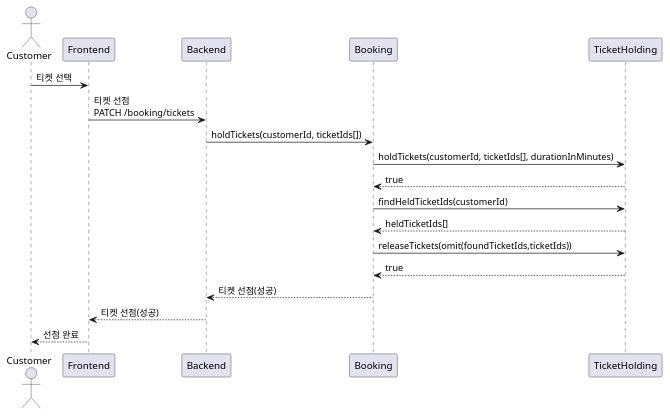
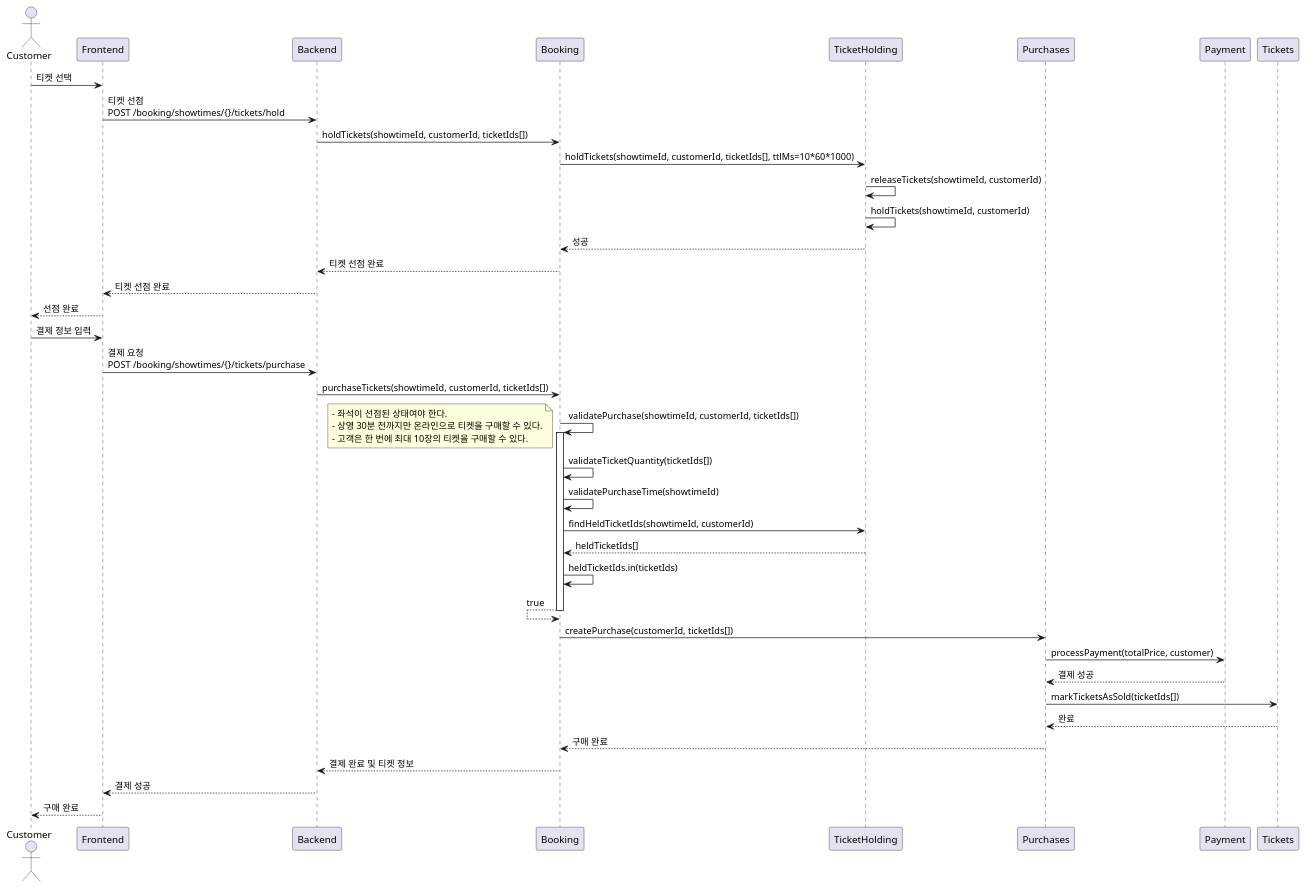
One commit to mannercode/nest-seed changed the third of 3 diagrams in docs/tickets-purchase.md. Above: the diagram before and after it, drawn with PlantUML. The commit also changed other lines of this file and 16 other files, not shown here.

````diff
--- a/docs/tickets-purchase.md
+++ b/docs/tickets-purchase.md
@@ -161,18 +161,43 @@
 ```plantuml
 @startuml
 actor Customer
 
 Customer -> Frontend: 티켓 선택
-    Frontend -> Backend: 티켓 선점\nPATCH /booking/tickets
-        Backend -> Booking : holdTickets(customerId, ticketIds[])
-            Booking -> TicketHolding : holdTickets(customerId, ticketIds[], durationInMinutes)
-            Booking <-- TicketHolding : true
-            Booking -> TicketHolding : findHeldTicketIds(customerId)
-            Booking <-- TicketHolding : heldTicketIds[]
-            Booking -> TicketHolding : releaseTickets(omit(foundTicketIds,ticketIds))
-            Booking <-- TicketHolding : true
-        Backend <-- Booking: 티켓 선점(성공)
-    Frontend <-- Backend: 티켓 선점(성공)
+    Frontend -> Backend: 티켓 선점\nPOST /booking/showtimes/{}/tickets/hold
+        Backend -> Booking: holdTickets(showtimeId, customerId, ticketIds[])
+            Booking -> TicketHolding: holdTickets(showtimeId, customerId, ticketIds[], ttlMs=10*60*1000)
+                TicketHolding -> TicketHolding: releaseTickets(showtimeId, customerId)
+                TicketHolding -> TicketHolding: holdTickets(showtimeId, customerId)
+            Booking <-- TicketHolding: 성공
+        Backend <-- Booking: 티켓 선점 완료
+    Frontend <-- Backend: 티켓 선점 완료
 Customer <-- Frontend: 선점 완료
+
+Customer -> Frontend: 결제 정보 입력
+    Frontend -> Backend: 결제 요청\nPOST /booking/showtimes/{}/tickets/purchase
+        Backend -> Booking: purchaseTickets(showtimeId, customerId, ticketIds[])
+            Booking -> Booking: validatePurchase(showtimeId, customerId, ticketIds[])
+            activate Booking
+            note left
+                - 좌석이 선점된 상태여야 한다.
+                - 상영 30분 전까지만 온라인으로 티켓을 구매할 수 있다.
+                - 고객은 한 번에 최대 10장의 티켓을 구매할 수 있다.
+            end note
+            Booking -> Booking: validateTicketQuantity(ticketIds[])
+            Booking -> Booking: validatePurchaseTime(showtimeId)
+            Booking -> TicketHolding: findHeldTicketIds(showtimeId, customerId)
+            Booking <-- TicketHolding: heldTicketIds[]
+            Booking -> Booking: heldTicketIds.in(ticketIds)
+            Booking <-- Booking: true
+            deactivate Booking
+            Booking -> Purchases: createPurchase(customerId, ticketIds[])
+                Purchases -> Payment: processPayment(totalPrice, customer)
+                Purchases <-- Payment: 결제 성공
+                Purchases -> Tickets: markTicketsAsSold(ticketIds[])
+                Purchases <-- Tickets: 완료
+            Booking <-- Purchases: 구매 완료
+        Backend <-- Booking: 결제 완료 및 티켓 정보
+    Frontend <-- Backend: 결제 성공
+Customer <-- Frontend: 구매 완료
 @enduml
 ```
````
